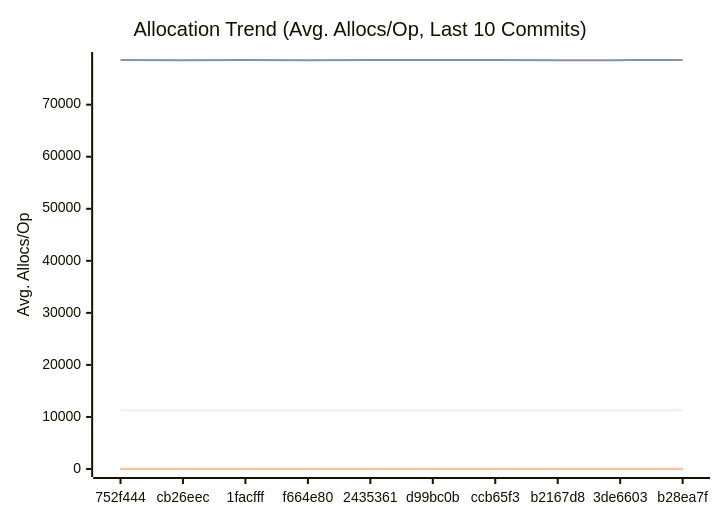
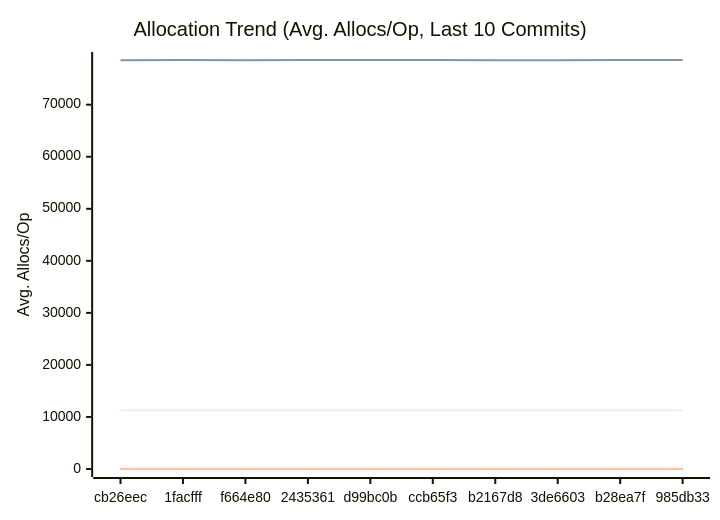
One commit to alsotoes/momo changed the third of 3 diagrams in docs/PERFORMANCE.md. Above: the diagram before and after it, drawn with Mermaid. The commit also changed other lines of this file and 6 other files, not shown here.

````diff
--- a/docs/PERFORMANCE.md
+++ b/docs/PERFORMANCE.md
@@ -197,20 +197,20 @@
 ```mermaid
 xychart-beta
     title "Allocation Trend (Avg. Allocs/Op, Last 10 Commits)"
     x-axis "Commit"
     y-axis "Avg. Allocs/Op"
-    x-axis [752f444,cb26eec,1facfff,f664e80,2435361,d99bc0b,ccb65f3,b2167d8,3de6603,b28ea7f]
-    line "AWSChunkedReaderSigned" [11275,11298,11308,11270,11298,11294,11296,11294,11282,11296]
-    line "AWSChunkedReaderUnsigned" [78568,78562,78579,78560,78566,78574,78587,78561,78563,78568]
+    x-axis [cb26eec,1facfff,f664e80,2435361,d99bc0b,ccb65f3,b2167d8,3de6603,b28ea7f,985db33]
+    line "AWSChunkedReaderSigned" [11298,11308,11270,11298,11294,11296,11294,11282,11296,11273]
+    line "AWSChunkedReaderUnsigned" [78562,78579,78560,78566,78574,78587,78561,78563,78568,78577]
     line "CheckMetricsAndSwap" [0,0,0,0,0,0,0,0,0,0]
     line "CrushOptimized" [0,0,0,0,0,0,0,0,0,0]
     line "CrushOriginal" [3,3,3,3,3,3,3,3,3,3]
     line "IndexDirectTracking" [0,0,0,0,0,0,0,0,0,0]
     line "IndexSearch" [0,0,0,0,0,0,0,0,0,0]
     line "LoadGlobalConfig" [54,54,54,54,54,54,54,54,54,54]
     line "PadString" [1,1,1,1,1,1,1,1,1,1]
     line "ParseReplicationOrder_NoPrealloc" [6,6,6,6,6,5,5,5,5,5]
     line "ParseReplicationOrder_Prealloc" [2,2,2,2,2,1,1,1,1,1]
     line "SanitizeLog/Safe" [0,0,0,0,0,0,0,0,0,0]
     line "SanitizeLog/Unsafe" [1,1,1,1,1,1,1,1,1,1]
 ```
````
